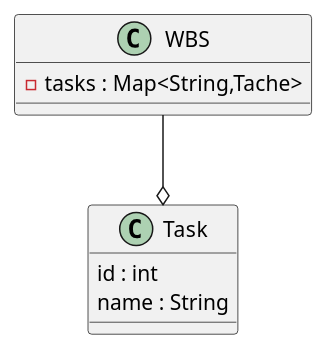
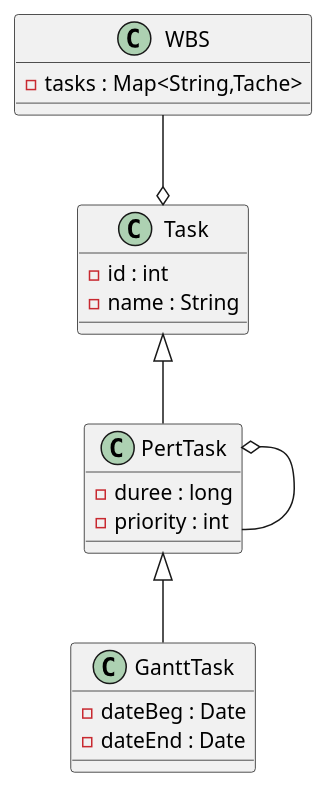
The second of 2 diagrams in README.md (DevGardenTeam/DevGarden), drawn with PlantUML before and after one commit.

Commit message:
Mise à jour de 'README.md'

````diff
--- a/README.md
+++ b/README.md
@@ -43,14 +43,24 @@
 ```plantuml
 
 class WBS{
     -tasks : Map<String,Tache>
 }
 class Task{
-    id : int
-    name : String
+    - id : int
+    - name : String
+}
+class PertTask{
+    - duree : long
+    - priority : int
+}
+class GanttTask{
+    - dateBeg : Date
+    - dateEnd : Date
 }
 
 WBS --o Task
-
+Task <|-- PertTask
+PertTask o-- PertTask
+PertTask <|-- GanttTask
 
 ```
````
